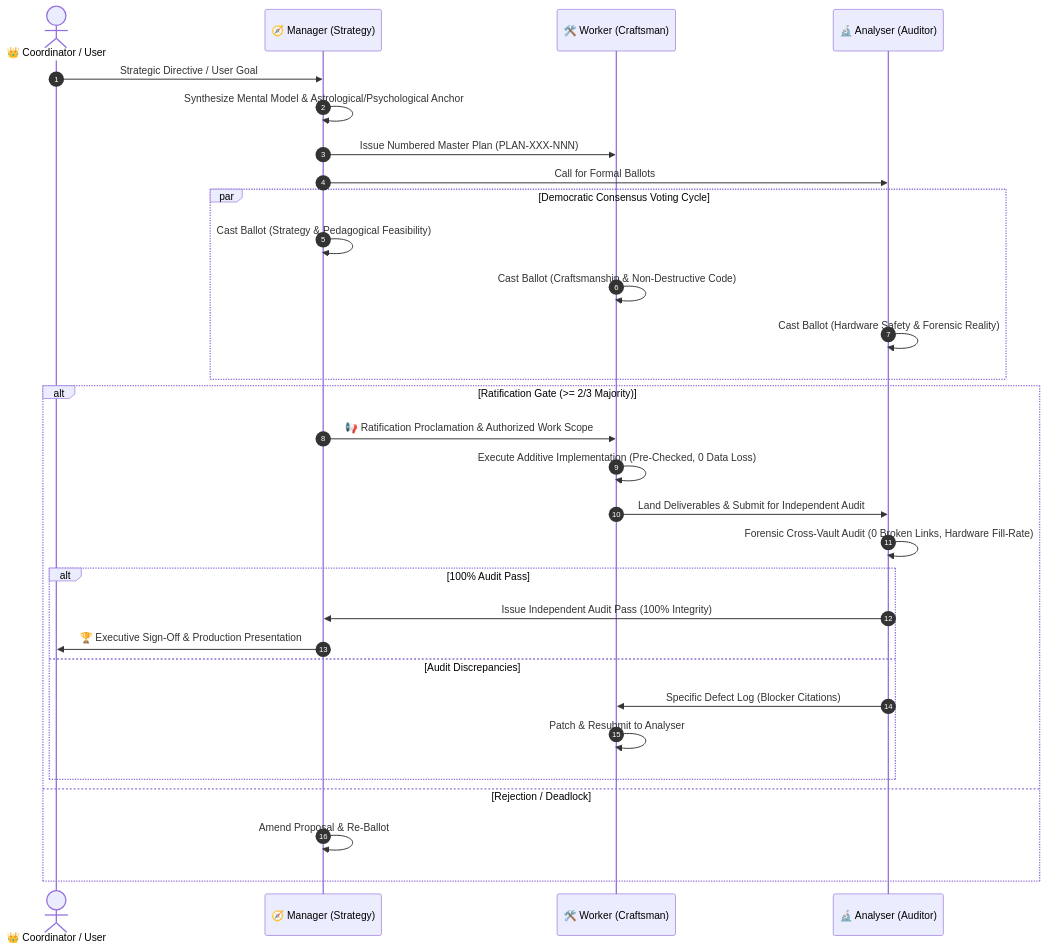
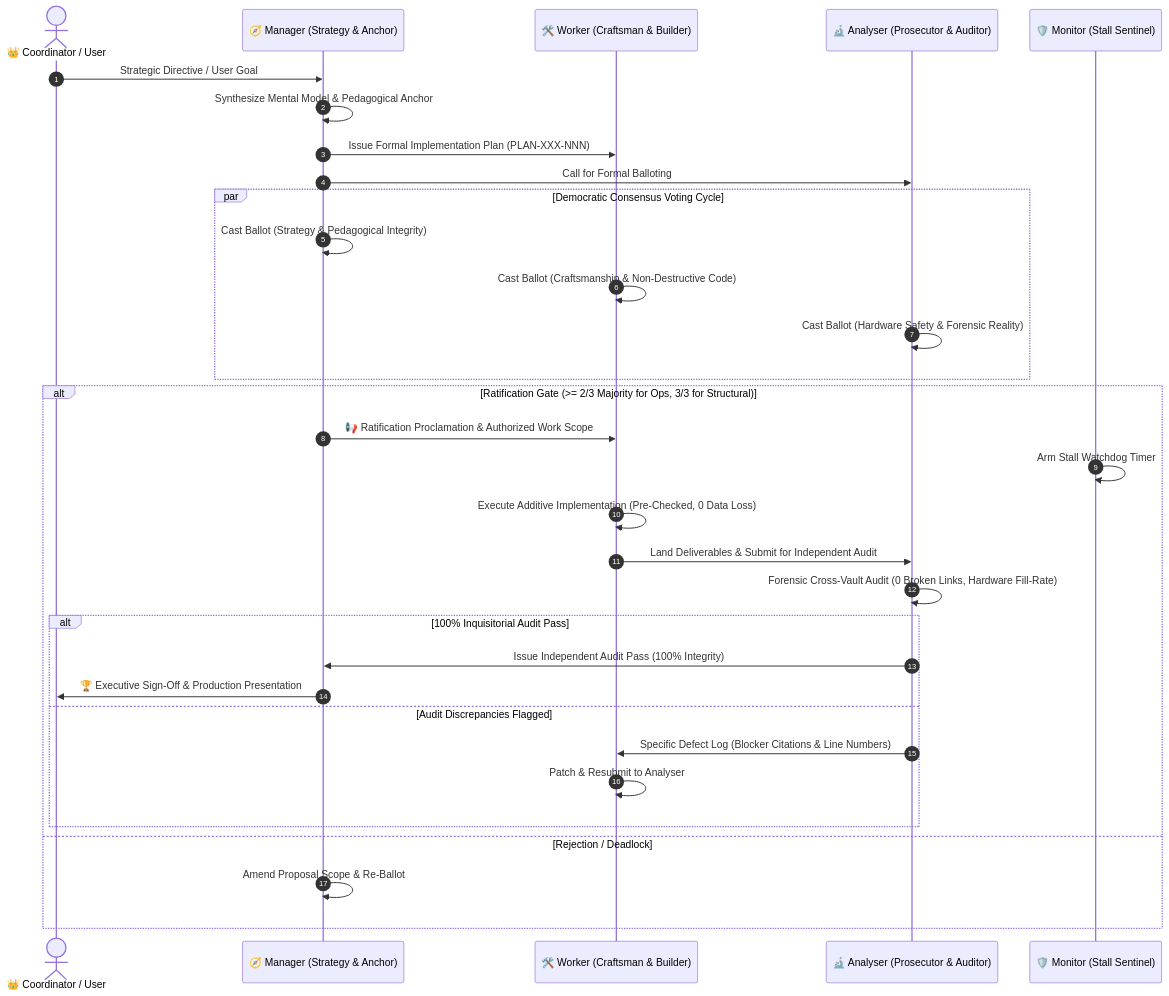
The first of 4 diagrams in skills/kanad-consensus-swarm/SKILL.md (Kanad590/antigravity-skills), drawn with Mermaid before and after one commit. The commit also changed other lines of this file and 6 other files, not shown here.

First line of the commit message:
feat(skills): universalize kanad-consensus-swarm and mental model 11

````diff
--- a/skills/kanad-consensus-swarm/SKILL.md
+++ b/skills/kanad-consensus-swarm/SKILL.md
@@ -28,35 +29,37 @@
 ```mermaid
 sequenceDiagram
     autonumber
     actor Coordinator as 👑 Coordinator / User
-    participant Manager as 🧭 Manager (Strategy)
-    participant Worker as 🛠️ Worker (Craftsman)
-    participant Analyser as 🔬 Analyser (Auditor)
+    participant Manager as 🧭 Manager (Strategy & Anchor)
+    participant Worker as 🛠️ Worker (Craftsman & Builder)
+    participant Analyser as 🔬 Analyser (Prosecutor & Auditor)
+    participant Monitor as 🛡️ Monitor (Stall Sentinel)
     
     Coordinator->>Manager: Strategic Directive / User Goal
-    Manager->>Manager: Synthesize Mental Model & Astrological/Psychological Anchor
-    Manager->>Worker: Issue Numbered Master Plan (PLAN-XXX-NNN)
-    Manager->>Analyser: Call for Formal Ballots
+    Manager->>Manager: Synthesize Mental Model & Pedagogical Anchor
+    Manager->>Worker: Issue Formal Implementation Plan (PLAN-XXX-NNN)
+    Manager->>Analyser: Call for Formal Balloting
     
     par Democratic Consensus Voting Cycle
-        Manager->>Manager: Cast Ballot (Strategy & Pedagogical Feasibility)
+        Manager->>Manager: Cast Ballot (Strategy & Pedagogical Integrity)
         Worker->>Worker: Cast Ballot (Craftsmanship & Non-Destructive Code)
         Analyser->>Analyser: Cast Ballot (Hardware Safety & Forensic Reality)
     end
     
-    alt Ratification Gate (>= 2/3 Majority)
+    alt Ratification Gate (>= 2/3 Majority for Ops, 3/3 for Structural)
         Manager->>Worker: 📢 Ratification Proclamation & Authorized Work Scope
+        Monitor->>Monitor: Arm Stall Watchdog Timer
         Worker->>Worker: Execute Additive Implementation (Pre-Checked, 0 Data Loss)
         Worker->>Analyser: Land Deliverables & Submit for Independent Audit
         Analyser->>Analyser: Forensic Cross-Vault Audit (0 Broken Links, Hardware Fill-Rate)
-        alt 100% Audit Pass
+        alt 100% Inquisitorial Audit Pass
             Analyser->>Manager: Issue Independent Audit Pass (100% Integrity)
             Manager->>Coordinator: 🏆 Executive Sign-Off & Production Presentation
-        else Audit Discrepancies
-            Analyser->>Worker: Specific Defect Log (Blocker Citations)
+        else Audit Discrepancies Flagged
+            Analyser->>Worker: Specific Defect Log (Blocker Citations & Line Numbers)
             Worker->>Worker: Patch & Resubmit to Analyser
         end
     else Rejection / Deadlock
-        Manager->>Manager: Amend Proposal & Re-Ballot
+        Manager->>Manager: Amend Proposal Scope & Re-Ballot
     end
 ```
````
